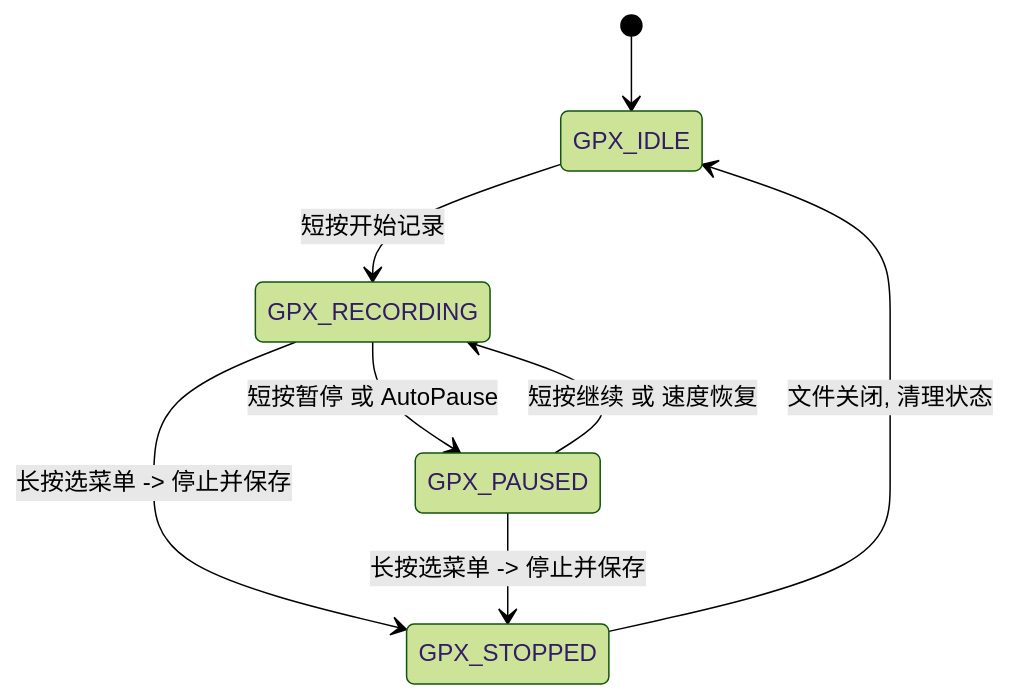
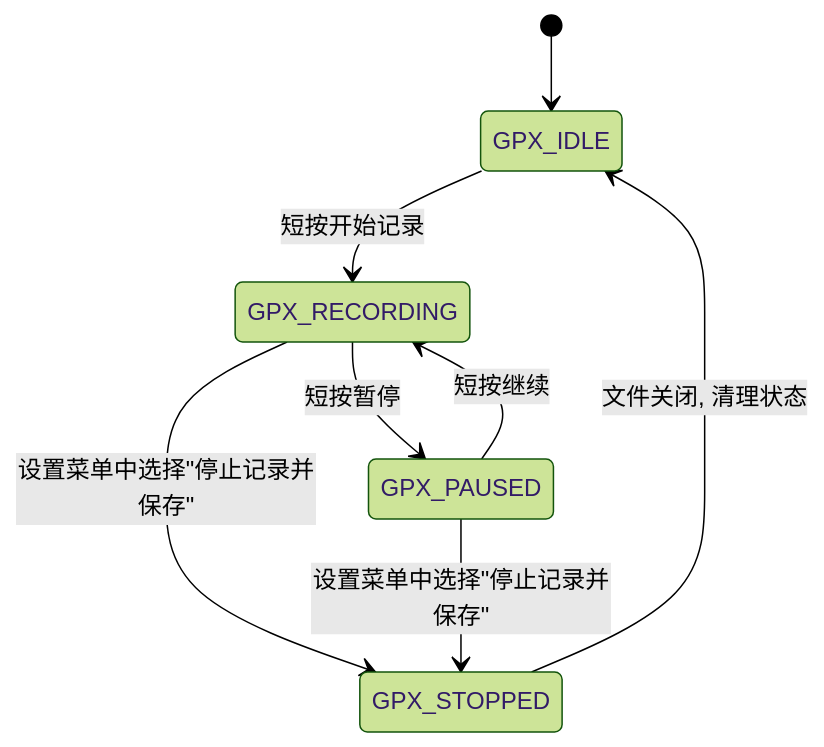
Before and after one commit to Tyrael0sun/ESP32_S3-GPS-9axis_SENSOR: the second of 5 diagrams in README.md, drawn with Mermaid (forest theme). The commit also changed other lines of this file, not shown here.

````diff
--- a/README.md
+++ b/README.md
@@ -564,12 +689,13 @@
 ```mermaid
 stateDiagram-v2
     [*] --> GPX_IDLE
 
     GPX_IDLE --> GPX_RECORDING: 短按开始记录
-    GPX_RECORDING --> GPX_PAUSED:  短按暂停 或 AutoPause
-    GPX_PAUSED --> GPX_RECORDING:  短按继续 或 速度恢复
-    GPX_RECORDING --> GPX_STOPPED: 长按选菜单 -> 停止并保存
-    GPX_PAUSED --> GPX_STOPPED:    长按选菜单 -> 停止并保存
+    GPX_RECORDING --> GPX_PAUSED:  短按暂停
+    GPX_PAUSED --> GPX_RECORDING:  短按继续
+
+    GPX_RECORDING --> GPX_STOPPED: 设置菜单中选择"停止记录并保存"
+    GPX_PAUSED --> GPX_STOPPED:    设置菜单中选择"停止记录并保存"
 
     GPX_STOPPED --> GPX_IDLE: 文件关闭, 清理状态
 ```
````
